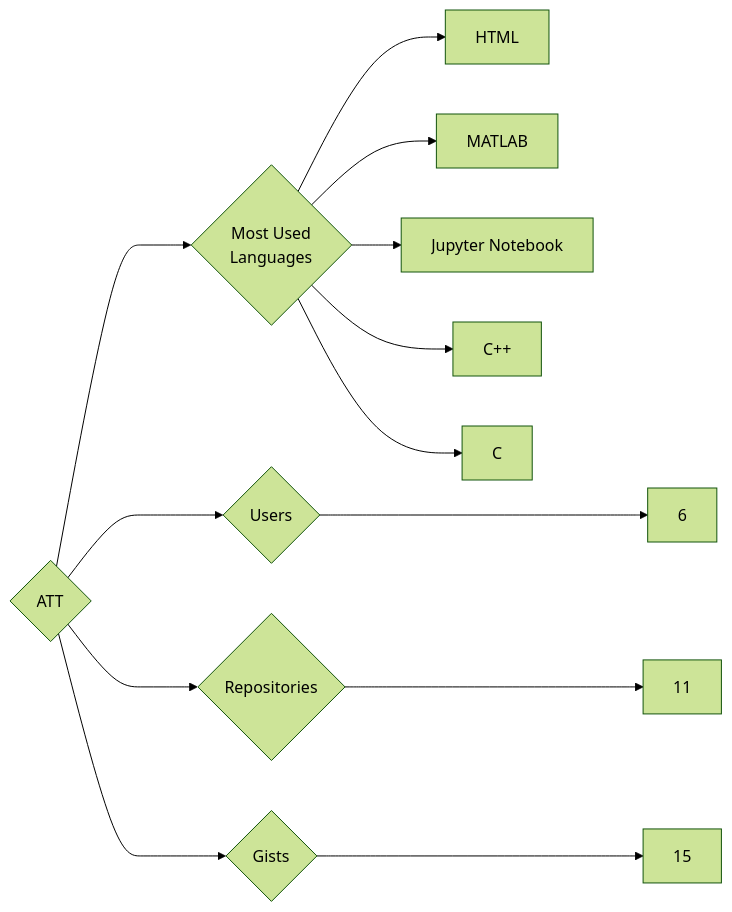
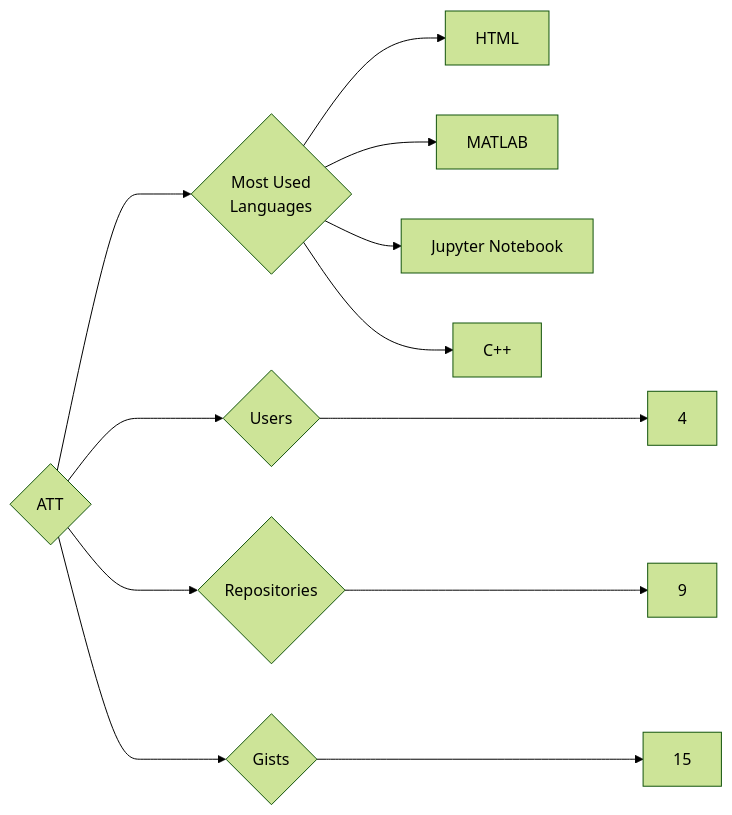
Before and after one commit to trickest/insiders: the diagram in targets/ATT/README.md, drawn with Mermaid (forest theme). The commit also changed 857 other files, not shown here.

````diff
--- a/targets/ATT/README.md
+++ b/targets/ATT/README.md
@@ -3,13 +3,12 @@
 ```mermaid
 graph LR
 COMPANY_NAME{ATT}
-COMPANY_NAME ---> U{Users} ---> UN[6]
-COMPANY_NAME ---> R{Repositories} ---> RN[11]
+COMPANY_NAME ---> U{Users} ---> UN[4]
+COMPANY_NAME ---> R{Repositories} ---> RN[9]
 COMPANY_NAME ---> G{Gists} ---> GN[15]
 COMPANY_NAME ---> ML{Most Used<br>Languages}
 ML --> HTML[HTML]
 ML --> MATLAB[MATLAB]
 ML --> Jupyter_Notebook[Jupyter Notebook]
 ML --> C++[C++]
-ML --> C[C]
 ```
````
